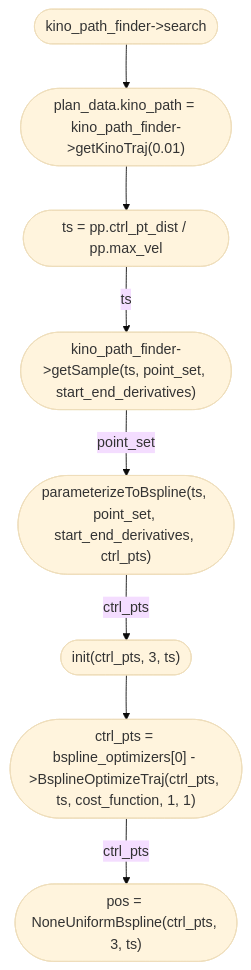
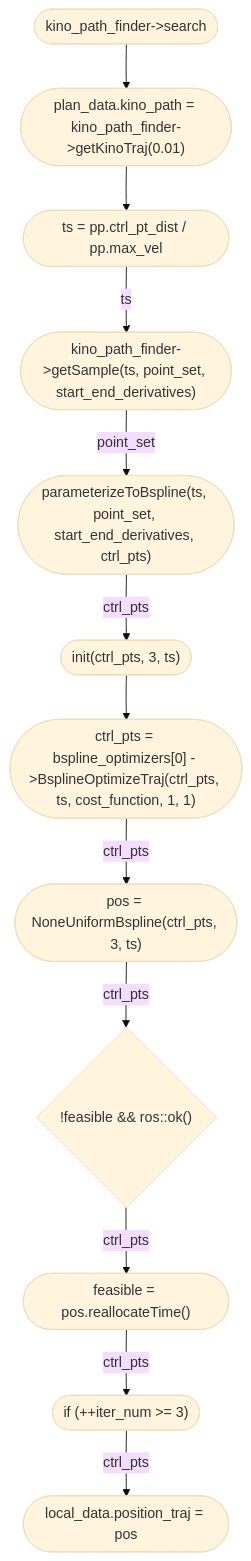
One commit to Dieptranivsr/drone_extend changed the second of 2 diagrams in sp_code/create_table.md. Above: the diagram before and after it, drawn with Mermaid (base theme). The commit also changed other lines of this file, not shown here.

````diff
--- a/sp_code/create_table.md
+++ b/sp_code/create_table.md
@@ -33,10 +33,14 @@
 ```mermaid
 flowchart TD
     id1(["kino_path_finder->search"]) --> id2(["plan_data.kino_path = kino_path_finder->getKinoTraj(0.01)"])
     id2 --> id3(["ts = pp.ctrl_pt_dist / pp.max_vel"])
     id3 --> |ts| id4(["kino_path_finder->getSample(ts, point_set, start_end_derivatives)"])
     id4 --> |point_set| id5(["parameterizeToBspline(ts, point_set, start_end_derivatives, ctrl_pts)"])
     id5 --> |ctrl_pts| id6(["init(ctrl_pts, 3, ts)"])
     id6 --> id7(["ctrl_pts = bspline_optimizers[0] - >BsplineOptimizeTraj(ctrl_pts, ts, cost_function, 1, 1)"])
     id7 --> |ctrl_pts| id8(["pos = NoneUniformBspline(ctrl_pts, 3, ts)"])
-```    
+    id8 --> |ctrl_pts| id9{"!feasible && ros::ok()"}
+    id9 --> |ctrl_pts| id10(["feasible = pos.reallocateTime()"])
+    id10 --> |ctrl_pts| id11(["if (++iter_num >= 3) "])
+    id11 --> |ctrl_pts| id12(["local_data.position_traj = pos"])
+```
````
